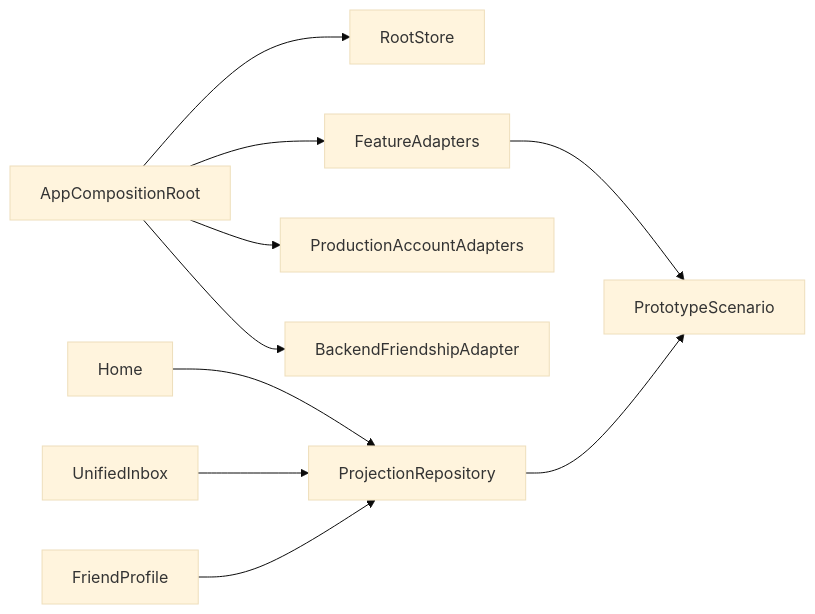
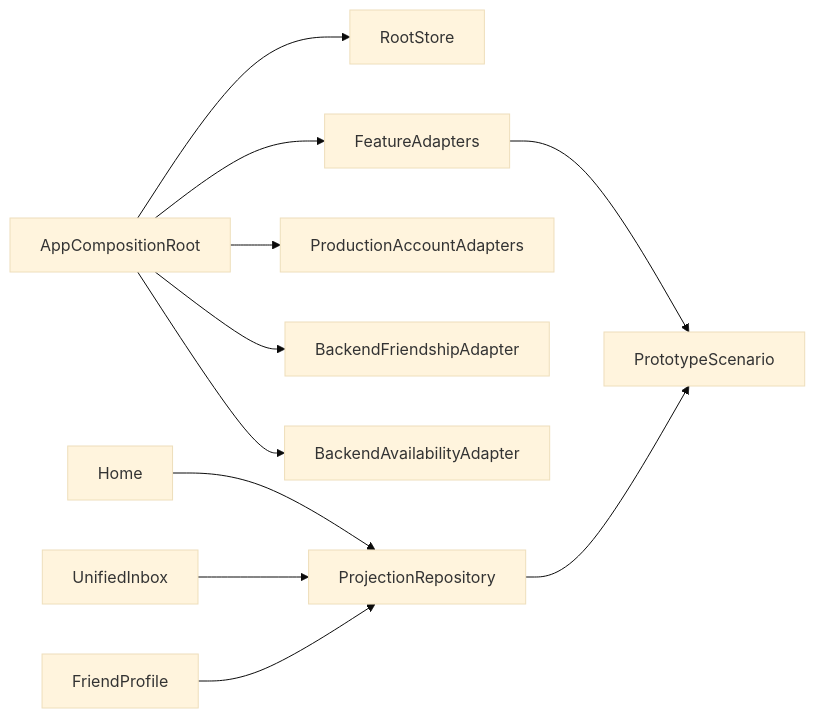
One commit to beyond-labo/free-time-matching changed the diagram in .kiro/specs/ios-app-integration/design.md. Above: the diagram before and after it, drawn with Mermaid (base theme). The commit also changed other lines of this file and 68 other files, not shown here.

````diff
--- a/.kiro/specs/ios-app-integration/design.md
+++ b/.kiro/specs/ios-app-integration/design.md
@@ -46,12 +48,13 @@
 ```mermaid
 graph LR
     AppCompositionRoot --> RootStore
     AppCompositionRoot --> FeatureAdapters
     AppCompositionRoot --> ProductionAccountAdapters
     AppCompositionRoot --> BackendFriendshipAdapter
+    AppCompositionRoot --> BackendAvailabilityAdapter
     FeatureAdapters --> PrototypeScenario
     ProjectionRepository --> PrototypeScenario
     Home --> ProjectionRepository
     UnifiedInbox --> ProjectionRepository
     FriendProfile --> ProjectionRepository
 ```
````
